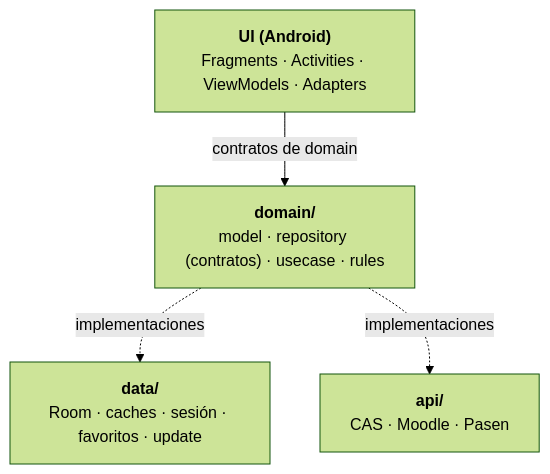
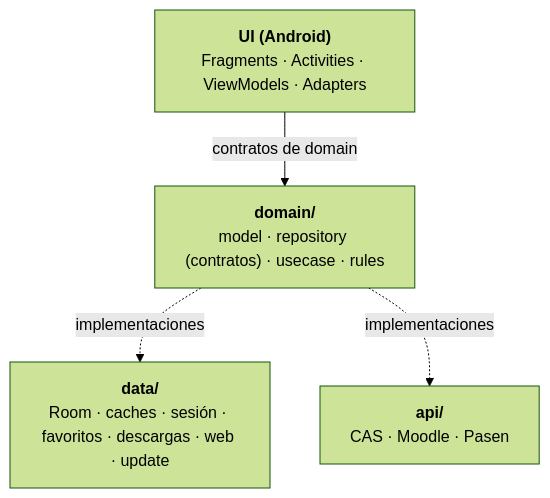
The diagram in README.md (gh0st-2202/iMoodle), drawn with Mermaid (forest theme) before and after one commit. The commit also changed other lines of this file and 167 other files, not shown here.

````diff
--- a/README.md
+++ b/README.md
@@ -63,11 +67,11 @@
 ```mermaid
 flowchart TD
     UI["<b>UI (Android)</b><br/>Fragments · Activities · ViewModels · Adapters"]
     DOMAIN["<b>domain/</b><br/>model · repository (contratos) · usecase · rules"]
-    DATA["<b>data/</b><br/>Room · caches · sesión · favoritos · update"]
+    DATA["<b>data/</b><br/>Room · caches · sesión · favoritos · descargas · web · update"]
     API["<b>api/</b><br/>CAS · Moodle · Pasen"]
 
     UI -->|"contratos de domain"| DOMAIN
     DOMAIN -.->|"implementaciones"| DATA
     DOMAIN -.->|"implementaciones"| API
 ```
````
